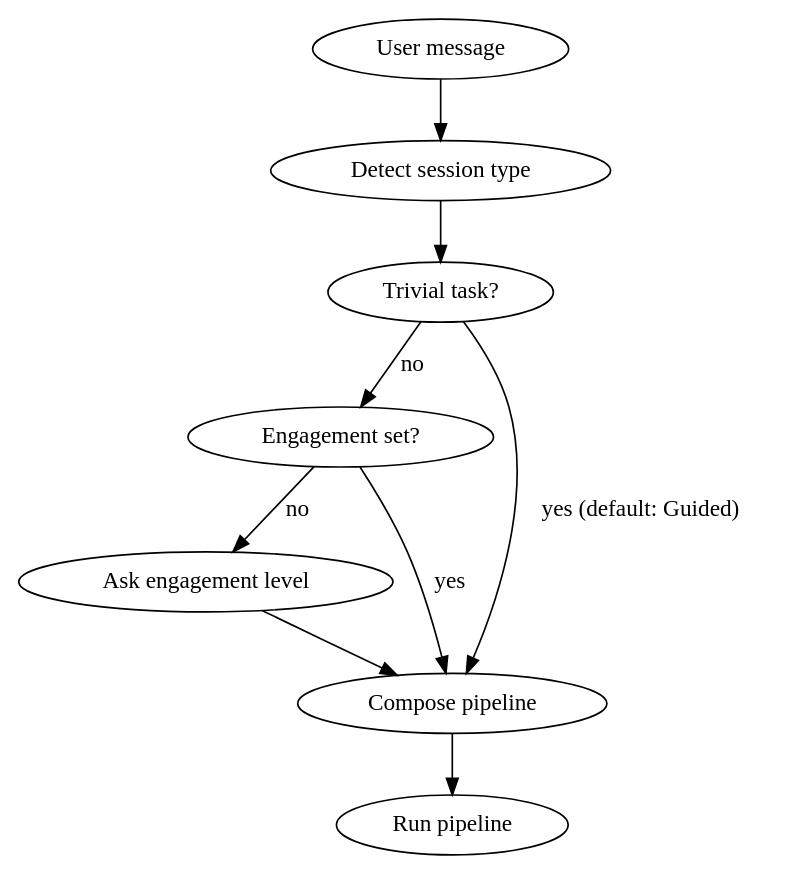
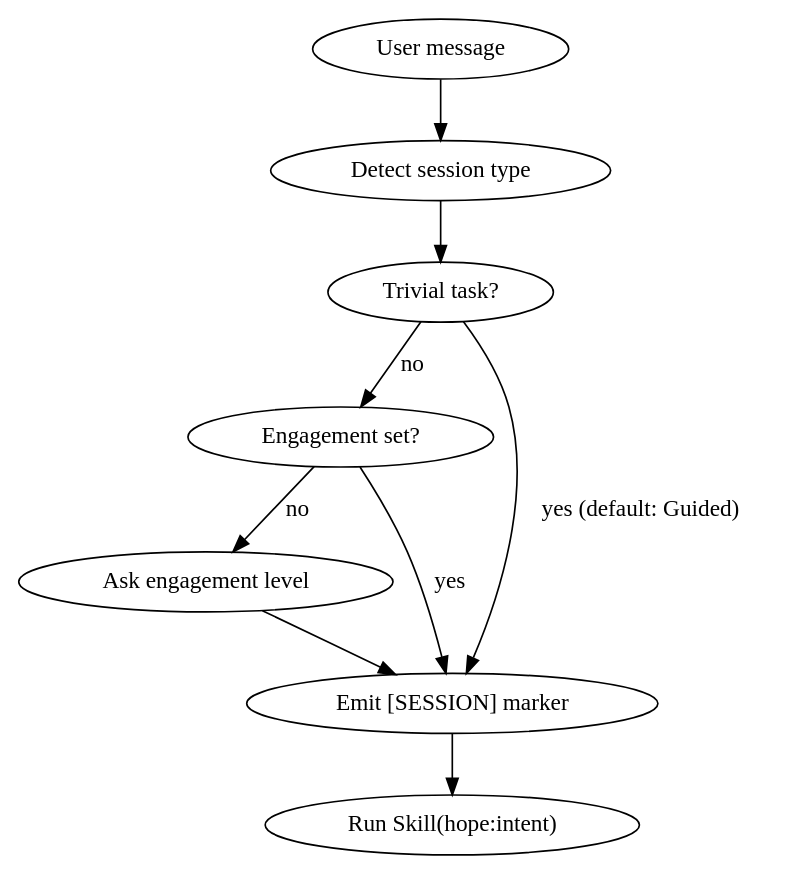
Before and after one commit to saadshahd/moo.md: the diagram in hope/skills/soul/SKILL.md, drawn with Graphviz. The commit also changed other lines of this file and 11 other files, not shown here.

First line of the commit message:
release(hope@3.5.4): consult pipeline stage, Skill() enforcement, hook-based pipeline enforcer

````diff
--- a/hope/skills/soul/SKILL.md
+++ b/hope/skills/soul/SKILL.md
@@ -55,18 +55,18 @@
 ```dot
 digraph SessionStrategy {
   rankdir=TB
   Start [label="User message"]
   Detect [label="Detect session type"]
   Trivial [label="Trivial task?"]
   Engage [label="Engagement set?"]
   Ask [label="Ask engagement level"]
-  Compose [label="Compose pipeline"]
-  Execute [label="Run pipeline"]
+  Marker [label="Emit [SESSION] marker"]
+  Intent [label="Run Skill(hope:intent)"]
   Start -> Detect -> Trivial
-  Trivial -> Compose [label="yes (default: Guided)"]
+  Trivial -> Marker [label="yes (default: Guided)"]
   Trivial -> Engage [label="no"]
-  Engage -> Compose [label="yes"]
+  Engage -> Marker [label="yes"]
   Engage -> Ask [label="no"]
-  Ask -> Compose -> Execute
+  Ask -> Marker -> Intent
 }
 ```
````
